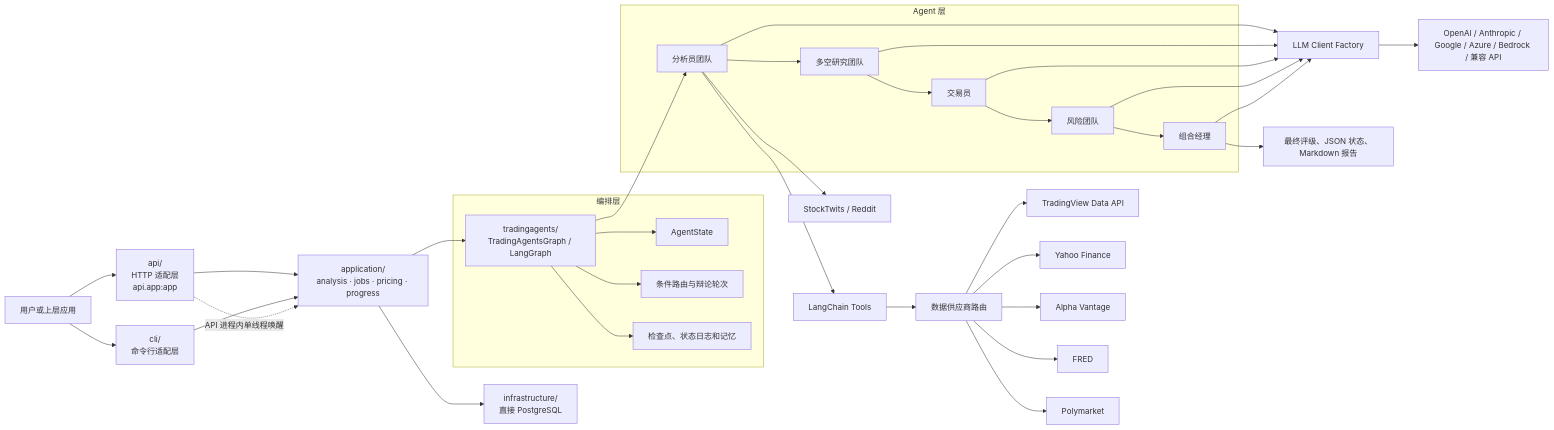
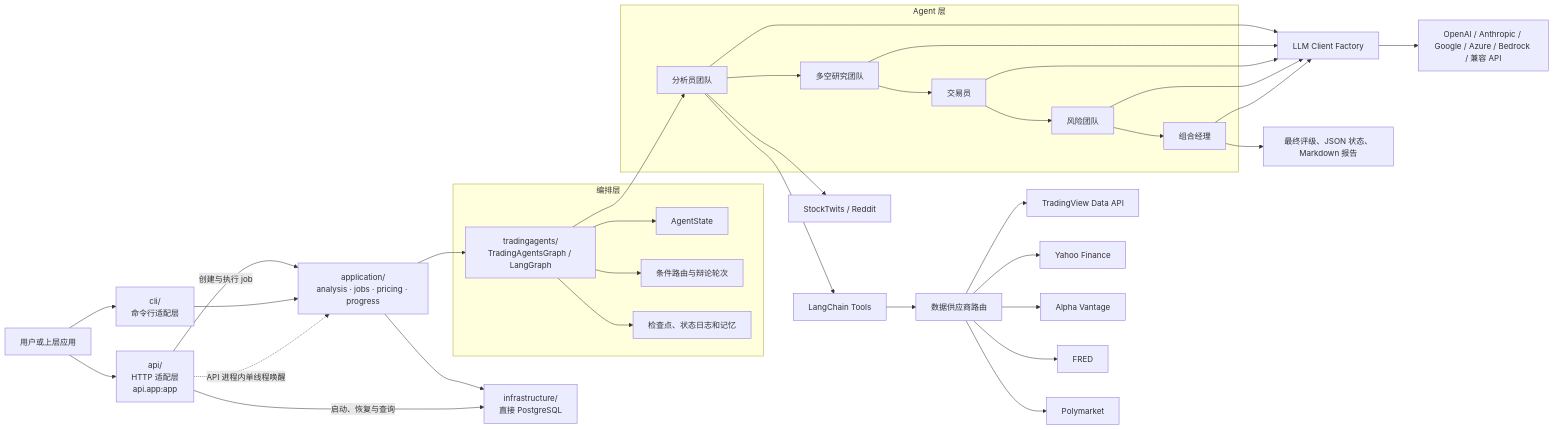
Before and after one commit to hypier/tradingagents-report: the first of 2 diagrams in tg-core/docs/PROJECT_ARCHITECTURE.md, drawn with Mermaid. The commit also changed other lines of this file and 6 other files, not shown here.

````diff
--- a/tg-core/docs/PROJECT_ARCHITECTURE.md
+++ b/tg-core/docs/PROJECT_ARCHITECTURE.md
@@ -78,45 +78,46 @@
 ```mermaid
 flowchart LR
     U["用户或上层应用"] --> API["api/\nHTTP 适配层\napi.app:app"]
     U --> CLI["cli/\n命令行适配层"]
-    API --> APP["application/\nanalysis · jobs · pricing · progress"]
+    API -->|"创建与执行 job"| APP["application/\nanalysis · jobs · pricing · progress"]
     CLI --> APP
     APP --> G["tradingagents/\nTradingAgentsGraph / LangGraph"]
     APP --> I["infrastructure/\n直接 PostgreSQL"]
+    API -->|"启动、恢复与查询"| I
 
     subgraph O["编排层"]
         G --> S["AgentState"]
         G --> R["条件路由与辩论轮次"]
         G --> P["检查点、状态日志和记忆"]
     end
 
     subgraph A["Agent 层"]
         A1["分析员团队"]
         A2["多空研究团队"]
         A3["交易员"]
         A4["风险团队"]
         A5["组合经理"]
     end
 
     G --> A1 --> A2 --> A3 --> A4 --> A5
 
     A1 --> T["LangChain Tools"]
     T --> D["数据供应商路由"]
     D --> TV["TradingView Data API"]
     D --> Y["Yahoo Finance"]
     D --> AV["Alpha Vantage"]
     D --> F["FRED"]
     D --> PM["Polymarket"]
     A1 --> ST["StockTwits / Reddit"]
 
     A1 --> L["LLM Client Factory"]
     A2 --> L
     A3 --> L
     A4 --> L
     A5 --> L
     L --> LP["OpenAI / Anthropic / Google / Azure / Bedrock / 兼容 API"]
 
     A5 --> OUT["最终评级、JSON 状态、Markdown 报告"]
 
     API -. "API 进程内单线程唤醒" .-> APP
 ```
````
